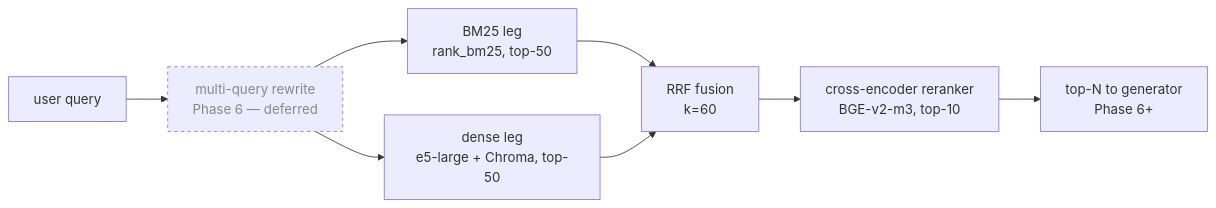
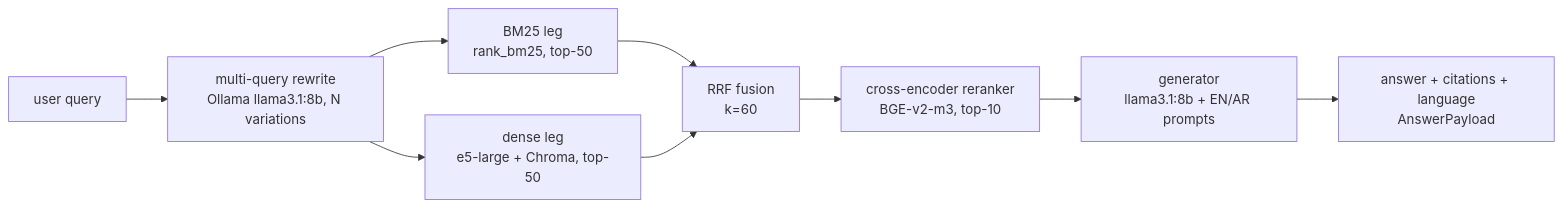
The diagram in README.md (psjprajna/UAE-Government-Policy-RAG), drawn with Mermaid before and after one commit. The commit also changed other lines of this file, not shown here.

Commit message:
docs(readme): generation section with sample answers + Ollama setup

````diff
--- a/README.md
+++ b/README.md
@@ -177,12 +177,11 @@
 ```mermaid
 flowchart LR
-  Q[user query] --> MQ[multi-query rewrite<br/>Phase 6 — deferred]
+  Q[user query] --> MQ[multi-query rewrite<br/>Ollama llama3.1:8b, N variations]
   MQ --> BM[BM25 leg<br/>rank_bm25, top-50]
   MQ --> DE[dense leg<br/>e5-large + Chroma, top-50]
   BM --> RRF[RRF fusion<br/>k=60]
   DE --> RRF
   RRF --> RR[cross-encoder reranker<br/>BGE-v2-m3, top-10]
-  RR --> OUT[top-N to generator<br/>Phase 6+]
-  classDef deferred stroke-dasharray:4 4,color:#888;
-  class MQ deferred;
+  RR --> GEN[generator<br/>llama3.1:8b + EN/AR prompts]
+  GEN --> OUT[answer + citations + language<br/>AnswerPayload]
 ```
````
